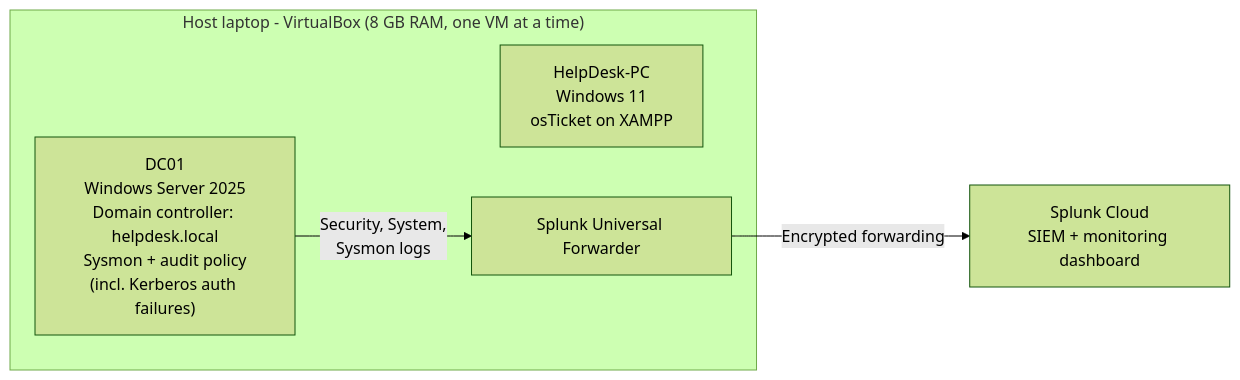
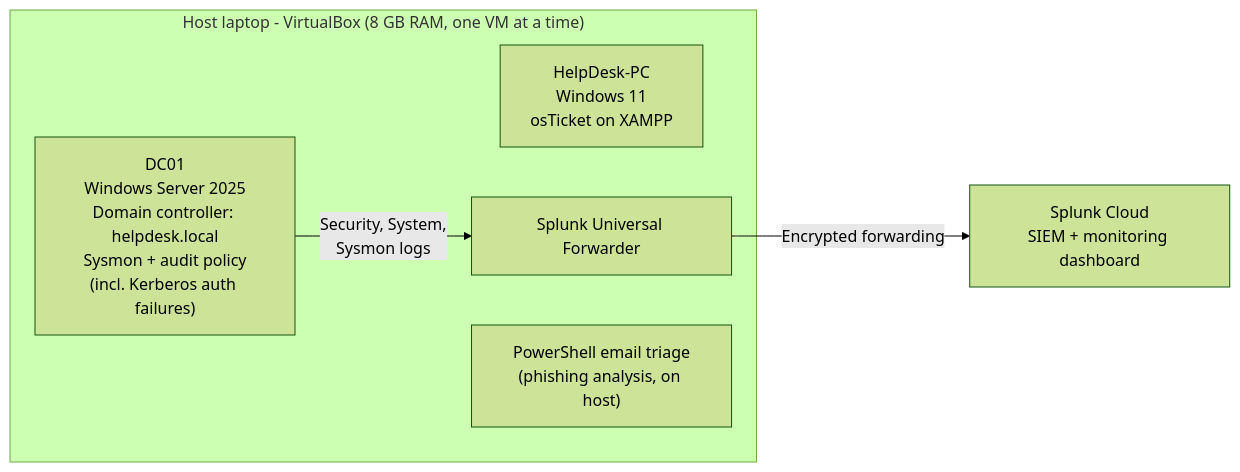
One commit to jaydenambrose5-beep/cybersecurity-labs changed the diagram in README.md. Above: the diagram before and after it, drawn with Mermaid (forest theme). The commit also changed other lines of this file and 3 other files, not shown here.

````diff
--- a/README.md
+++ b/README.md
@@ -17,10 +17,11 @@
 ```mermaid
 flowchart LR
     subgraph Host["Host laptop - VirtualBox (8 GB RAM, one VM at a time)"]
         PC["HelpDesk-PC<br/>Windows 11<br/>osTicket on XAMPP"]
         DC["DC01<br/>Windows Server 2025<br/>Domain controller: helpdesk.local<br/>Sysmon + audit policy<br/>(incl. Kerberos auth failures)"]
         UF["Splunk Universal Forwarder"]
         DC -- "Security, System,<br/>Sysmon logs" --> UF
+        PS["PowerShell email triage<br/>(phishing analysis, on host)"]
     end
     UF -- "Encrypted forwarding" --> SC["Splunk Cloud<br/>SIEM + monitoring dashboard"]
 ```
````
